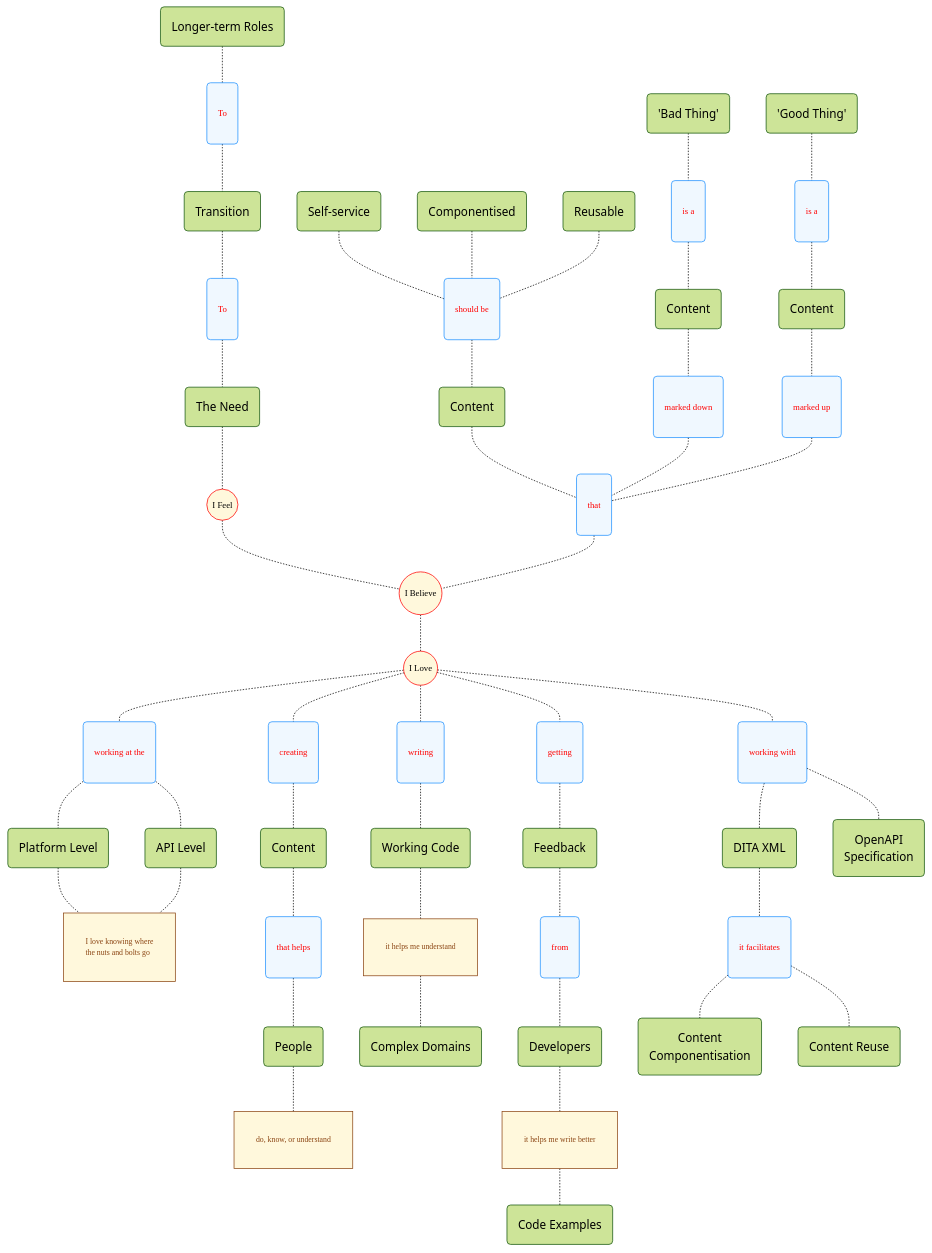
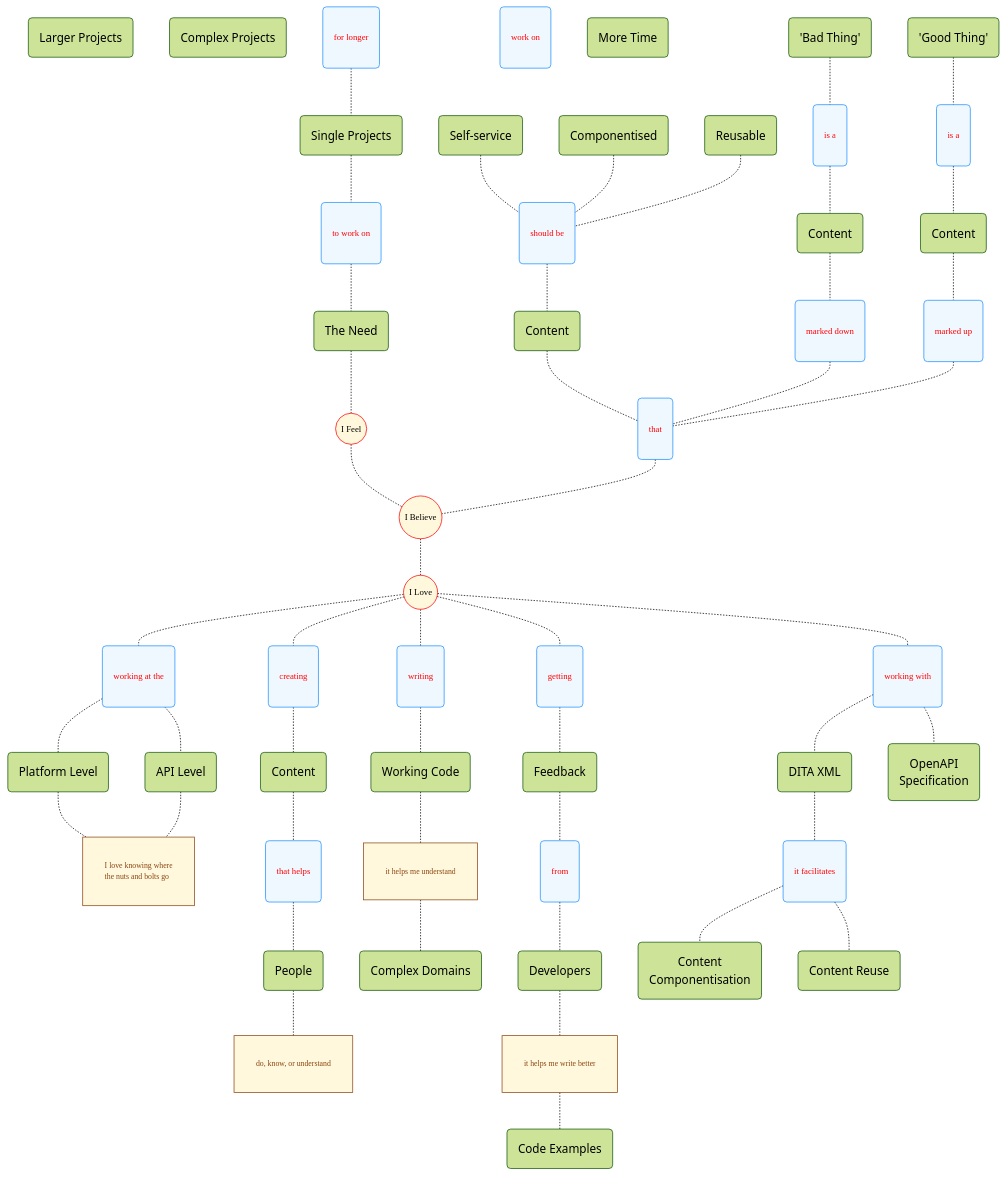
The diagram in my_mindmap_02.md (joe-dorward/samples), drawn with Mermaid before and after one commit.

```diff
--- a/my_mindmap_02.md
+++ b/my_mindmap_02.md
@@ -5,17 +5,34 @@
   classDef Verb fill:aliceblue, color:red, stroke:dodgerblue, font-family:verdana, font-size:9pt, padding:0px 4px;
   classDef Note fill:cornsilk, stroke:saddlebrown, color:saddlebrown, font-family:verdana, font-size:8pt, text-align:left, padding:0px 4px;
 
+  SINGLE_PROJECTS("Single Projects")
+  LARGER_PROJECTS("Larger Projects")
+  COMPLEX_PROJECTS("Complex Projects")
 
-  LONGER_TERM_ROLES("Longer-term Roles")
-  TO_1("To")
-  TRANSITION("Transition")
-  TO_2("To")
+  TO_WORK_ON("to work on")
+  FOR_LONGER("for longer")
+
+  class TO_WORK_ON,FOR_LONGER Verb;
+
+
+
+  WORK_ON("work on")
+  MORE_TIME("More Time")
+  %%WORKING_ON("working on")
+
+  %%TO_SPEND_1("to spend")
+
+
+  %%LONGER_TERM_ROLES("Longer-term Roles")
+
   THE_NEED("The Need")
   I_FEEL(("I Feel")):::Start
 
-  class TO_1,TO_2 Verb;
+  class TO_1,TO_2,WORK_ON,WORKING_ON,TO_SPEND_1,TO_WORK_ON Verb;
 
-  LONGER_TERM_ROLES-.-TO_1-.-TRANSITION-.-TO_2-.-THE_NEED-.-
+  FOR_LONGER-.-SINGLE_PROJECTS-.-TO_WORK_ON-.-THE_NEED-.-I_FEEL
+
+  %%A_SINGLE_PROJECT-.-WORKING_ON-.-MORE_TIME-.-TO_SPEND_1-.-THE_NEED-.-
   I_FEEL-.-I_BELIEVE
   %% ----------
 
```
